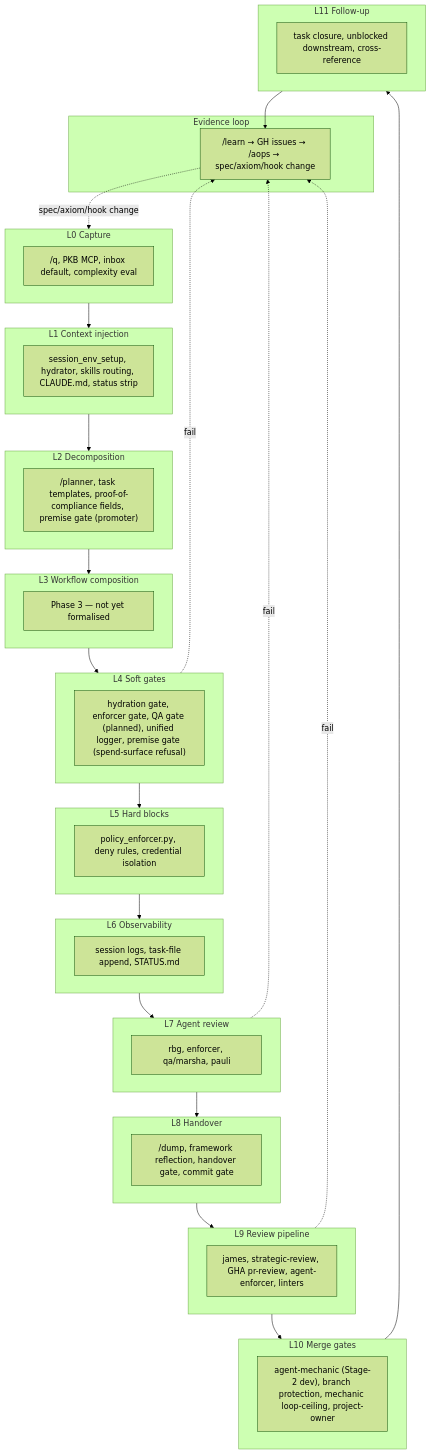
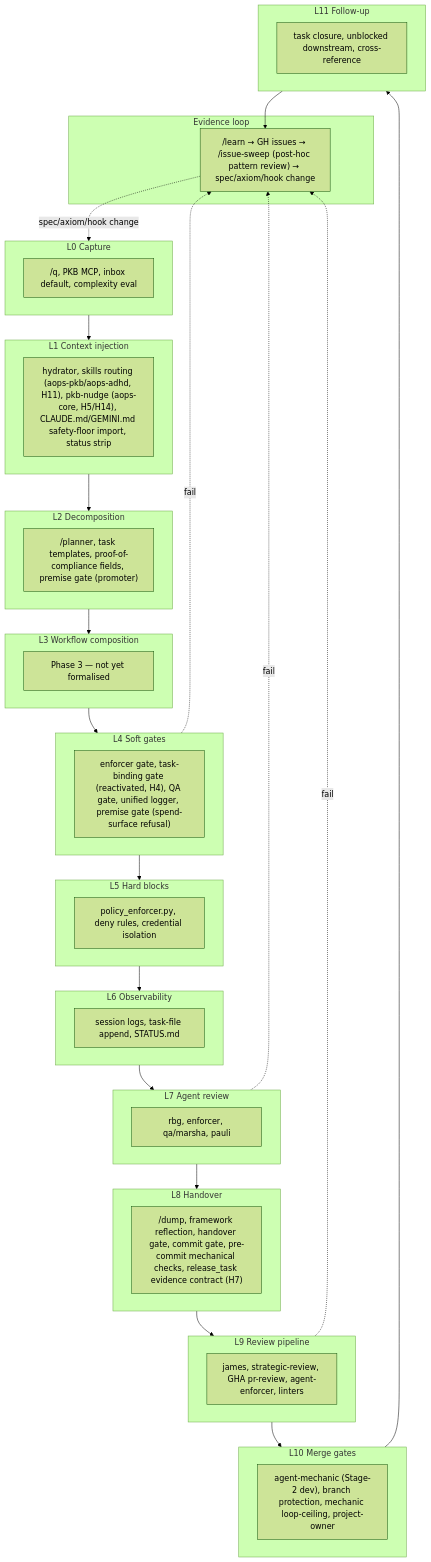
The diagram in specs/enforcement/enforcement.md (nicsuzor/academicOps), drawn with Mermaid (forest theme) before and after one commit. The commit also changed other lines of this file and 4 other files, not shown here.

First line of the commit message:
spec(enforcement): redraft ENFORCEMENT-MAP/GATES/enforcement.md per hooks-disposition rulings H1–H18 (aops-3bcdc859)

````diff
--- a/specs/enforcement/enforcement.md
+++ b/specs/enforcement/enforcement.md
@@ -37,48 +34,48 @@
 ```mermaid
 flowchart TD
   subgraph L0[L0 Capture]
     Q["/q, PKB MCP, inbox default, complexity eval"]
   end
   subgraph L1[L1 Context injection]
-    HYD["session_env_setup, hydrator, skills routing, CLAUDE.md, status strip"]
+    HYD["hydrator, skills routing (aops-pkb/aops-adhd, H11), pkb-nudge (aops-core, H5/H14), CLAUDE.md/GEMINI.md safety-floor import, status strip"]
   end
   subgraph L2[L2 Decomposition]
     DEC["/planner, task templates, proof-of-compliance fields, premise gate (promoter)"]
   end
   subgraph L3[L3 Workflow composition]
     WF["Phase 3 — not yet formalised"]
   end
   subgraph L4[L4 Soft gates]
-    GATES["hydration gate, enforcer gate, QA gate (planned), unified logger, premise gate (spend-surface refusal)"]
+    GATES["enforcer gate, task-binding gate (reactivated, H4), QA gate, unified logger, premise gate (spend-surface refusal)"]
   end
   subgraph L5[L5 Hard blocks]
     HARD["policy_enforcer.py, deny rules, credential isolation"]
   end
   subgraph L6[L6 Observability]
     LOGS["session logs, task-file append, STATUS.md"]
   end
   subgraph L7[L7 Agent review]
     AGENTS["rbg, enforcer, qa/marsha, pauli"]
   end
   subgraph L8[L8 Handover]
-    HAND["/dump, framework reflection, handover gate, commit gate"]
+    HAND["/dump, framework reflection, handover gate, commit gate, pre-commit mechanical checks, release_task evidence contract (H7)"]
   end
   subgraph L9[L9 Review pipeline]
     REV["james, strategic-review, GHA pr-review, agent-enforcer, linters"]
   end
   subgraph L10[L10 Merge gates]
     MERGE["agent-mechanic (Stage-2 dev), branch protection, mechanic loop-ceiling, project-owner"]
   end
   subgraph L11[L11 Follow-up]
     FUP["task closure, unblocked downstream, cross-reference"]
   end
   subgraph EV[Evidence loop]
-    LEARN["/learn → GH issues → /aops → spec/axiom/hook change"]
+    LEARN["/learn → GH issues → /issue-sweep (post-hoc pattern review) → spec/axiom/hook change"]
   end
   L0 --> L1 --> L2 --> L3 --> L4 --> L5 --> L6 --> L7 --> L8 --> L9 --> L10 --> L11
   L4 -. fail .-> LEARN
   L7 -. fail .-> LEARN
   L9 -. fail .-> LEARN
   L11 --> LEARN
   LEARN -. spec/axiom/hook change .-> L0
 ```
````
